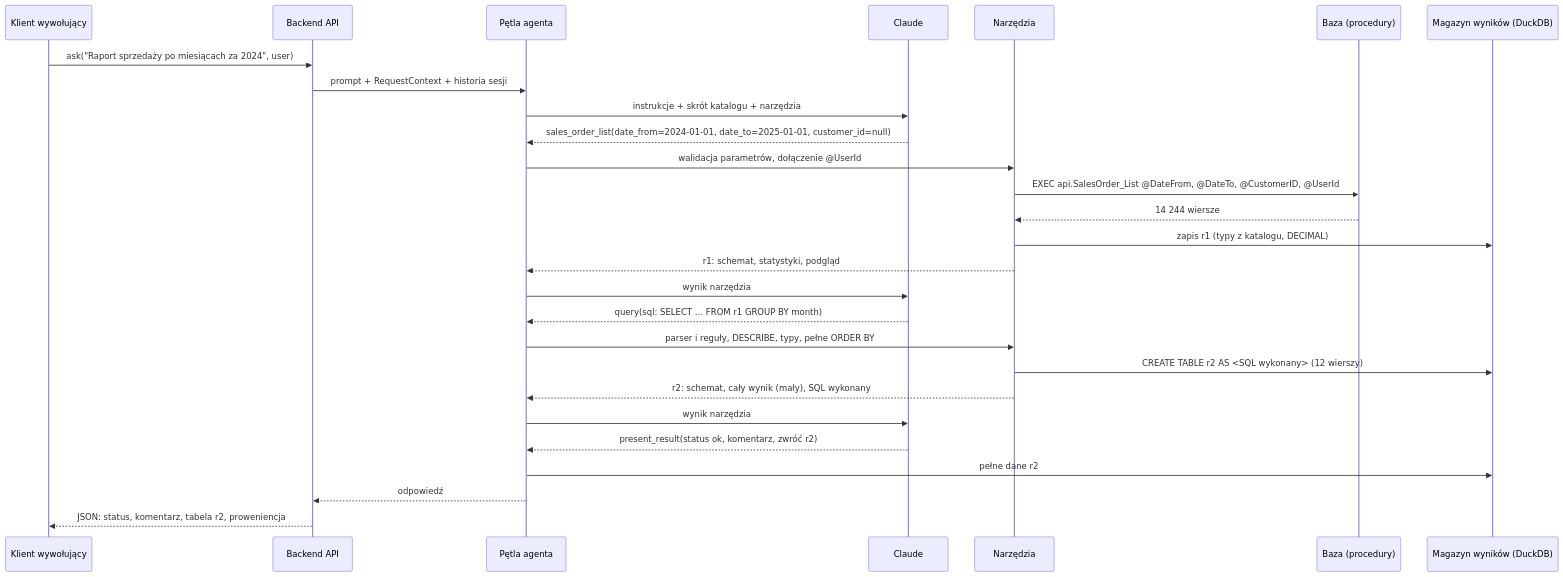
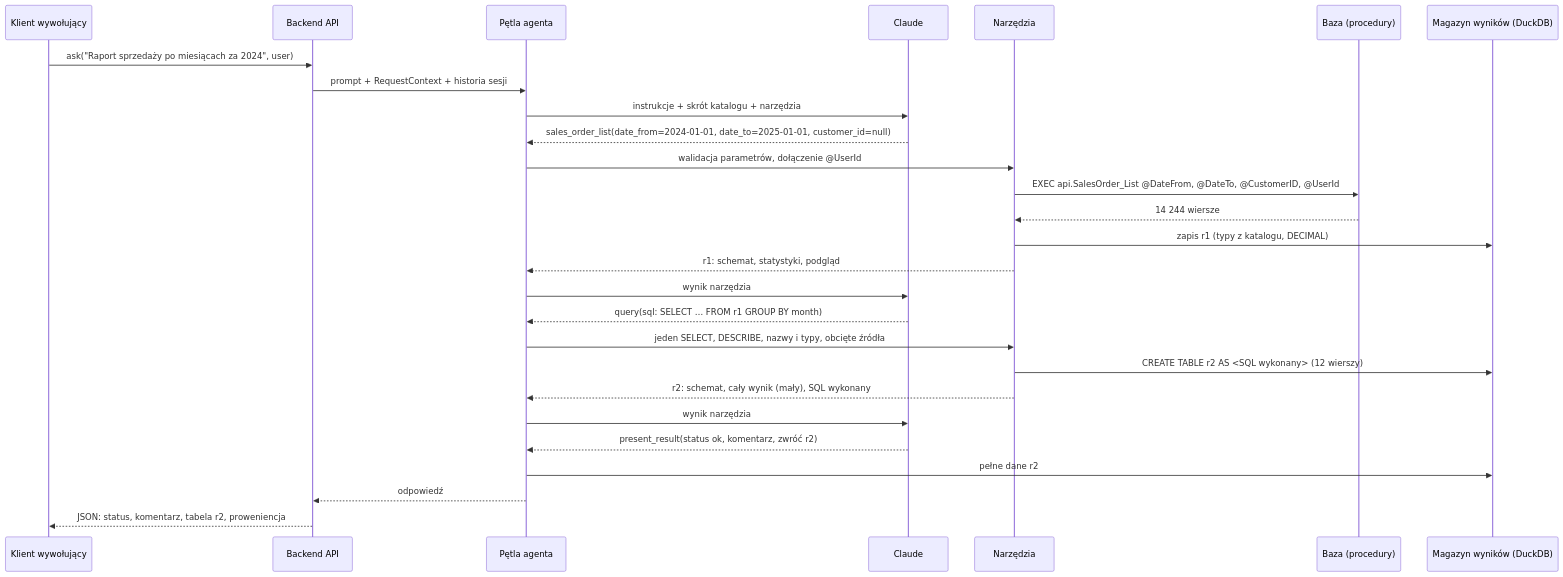
The second of 2 diagrams in docs/architecture/001-architektura-data-concierge.md (Pigula1984/data-concierge), drawn with Mermaid before and after one commit. The commit also changed other lines of this file and 21 other files, not shown here.

````diff
--- a/docs/architecture/001-architektura-data-concierge.md
+++ b/docs/architecture/001-architektura-data-concierge.md
@@ -531,30 +512,30 @@
 ```mermaid
 sequenceDiagram
     participant C as Klient wywołujący
     participant API as Backend API
     participant A as Pętla agenta
     participant M as Claude
     participant T as Narzędzia
     participant DB as Baza (procedury)
     participant RS as Magazyn wyników (DuckDB)
 
     C->>API: ask("Raport sprzedaży po miesiącach za 2024", user)
     API->>A: prompt + RequestContext + historia sesji
     A->>M: instrukcje + skrót katalogu + narzędzia
     M-->>A: sales_order_list(date_from=2024-01-01, date_to=2025-01-01, customer_id=null)
     A->>T: walidacja parametrów, dołączenie @UserId
     T->>DB: EXEC api.SalesOrder_List @DateFrom, @DateTo, @CustomerID, @UserId
     DB-->>T: 14 244 wiersze
     T->>RS: zapis r1 (typy z katalogu, DECIMAL)
     T-->>A: r1: schemat, statystyki, podgląd
     A->>M: wynik narzędzia
     M-->>A: query(sql: SELECT … FROM r1 GROUP BY month)
-    A->>T: parser i reguły, DESCRIBE, typy, pełne ORDER BY
+    A->>T: jeden SELECT, DESCRIBE, nazwy i typy, obcięte źródła
     T->>RS: CREATE TABLE r2 AS <SQL wykonany> (12 wierszy)
     T-->>A: r2: schemat, cały wynik (mały), SQL wykonany
     A->>M: wynik narzędzia
     M-->>A: present_result(status ok, komentarz, zwróć r2)
     A->>RS: pełne dane r2
     A-->>API: odpowiedź
     API-->>C: JSON: status, komentarz, tabela r2, proweniencja
 ```
````
